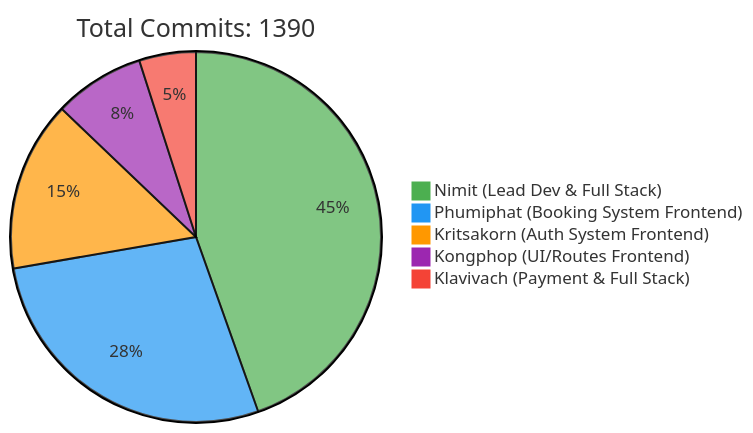
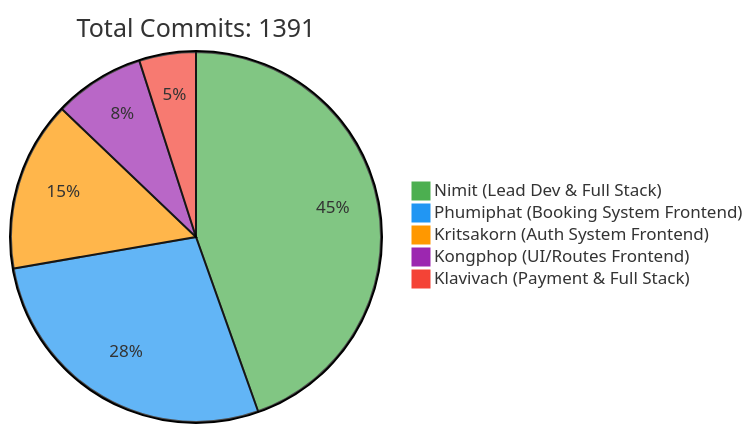
One commit to 6531503042/Sport-Complex changed the first of 2 diagrams in README.md. Above: the diagram before and after it, drawn with Mermaid. The commit also changed other lines of this file, not shown here.

Commit message:
docs: Update contributor statistics [skip ci]

````diff
--- a/README.md
+++ b/README.md
@@ -257,10 +257,10 @@
 ```mermaid
 %%{init: {'theme': 'base', 'themeVariables': { 'pie1': '#4CAF50', 'pie2': '#2196F3', 'pie3': '#FF9800', 'pie4': '#9C27B0', 'pie5': '#F44336'}}}%%
 pie
-    title Total Commits: 1390
+    title Total Commits: 1391
     "Nimit (Lead Dev & Full Stack)" : 450
     "Phumiphat (Booking System Frontend)" : 280
     "Kritsakorn (Auth System Frontend)" : 150
     "Kongphop (UI/Routes Frontend)" : 80
     "Klavivach (Payment & Full Stack)" : 50
 ```
````
